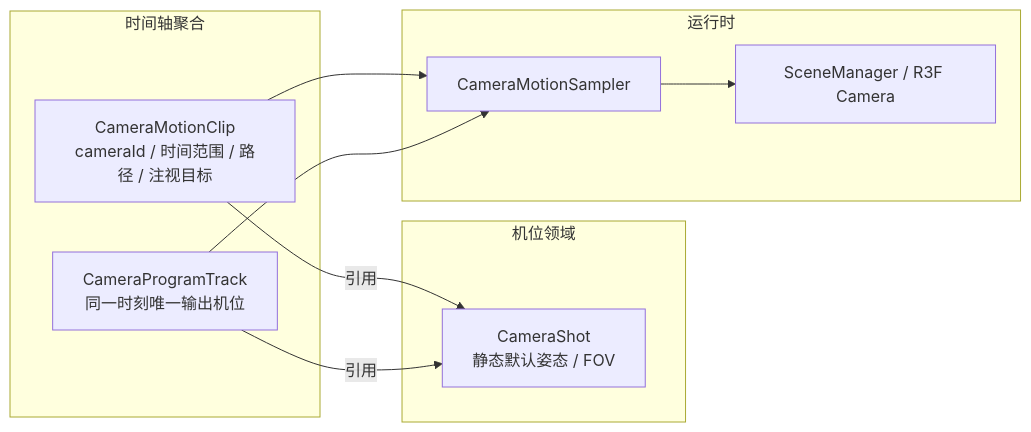
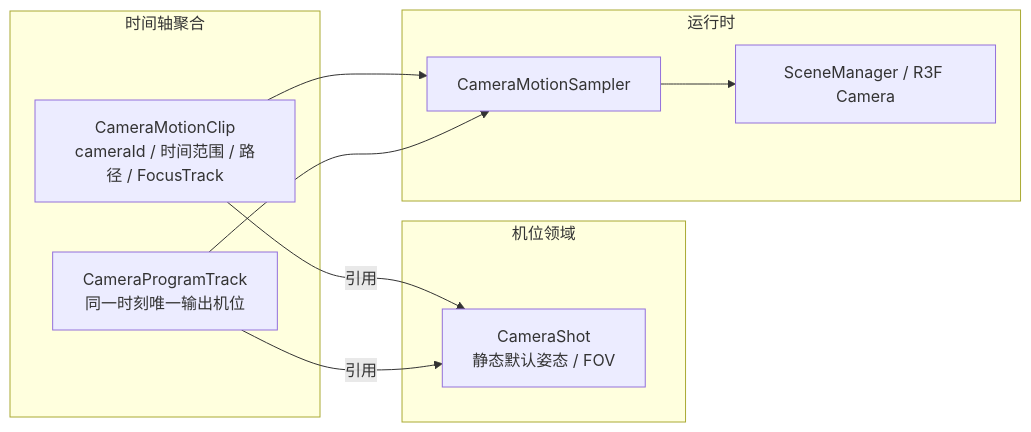
The first of 3 diagrams in docs/phase2-design.md (amwyygyuge/3d-director-desk), drawn with Mermaid before and after one commit. The commit also changed other lines of this file and 17 other files, not shown here.

Commit message:
feat: bind camera focus to scene objects

````diff
--- a/docs/phase2-design.md
+++ b/docs/phase2-design.md
@@ -19,19 +19,19 @@
 ```mermaid
 flowchart LR
     subgraph CameraDomain[机位领域]
         Camera[CameraShot<br/>静态默认姿态 / FOV]
     end
     subgraph TimelineDomain[时间轴聚合]
-        Motion[CameraMotionClip<br/>cameraId / 时间范围 / 路径 / 注视目标]
+        Motion[CameraMotionClip<br/>cameraId / 时间范围 / 路径 / FocusTrack]
         Program[CameraProgramTrack<br/>同一时刻唯一输出机位]
     end
     subgraph Runtime[运行时]
         Sampler[CameraMotionSampler]
         Scene[SceneManager / R3F Camera]
     end
     Motion -->|引用| Camera
     Program -->|引用| Camera
     Motion --> Sampler
     Program --> Sampler
     Sampler --> Scene
 ```
````
